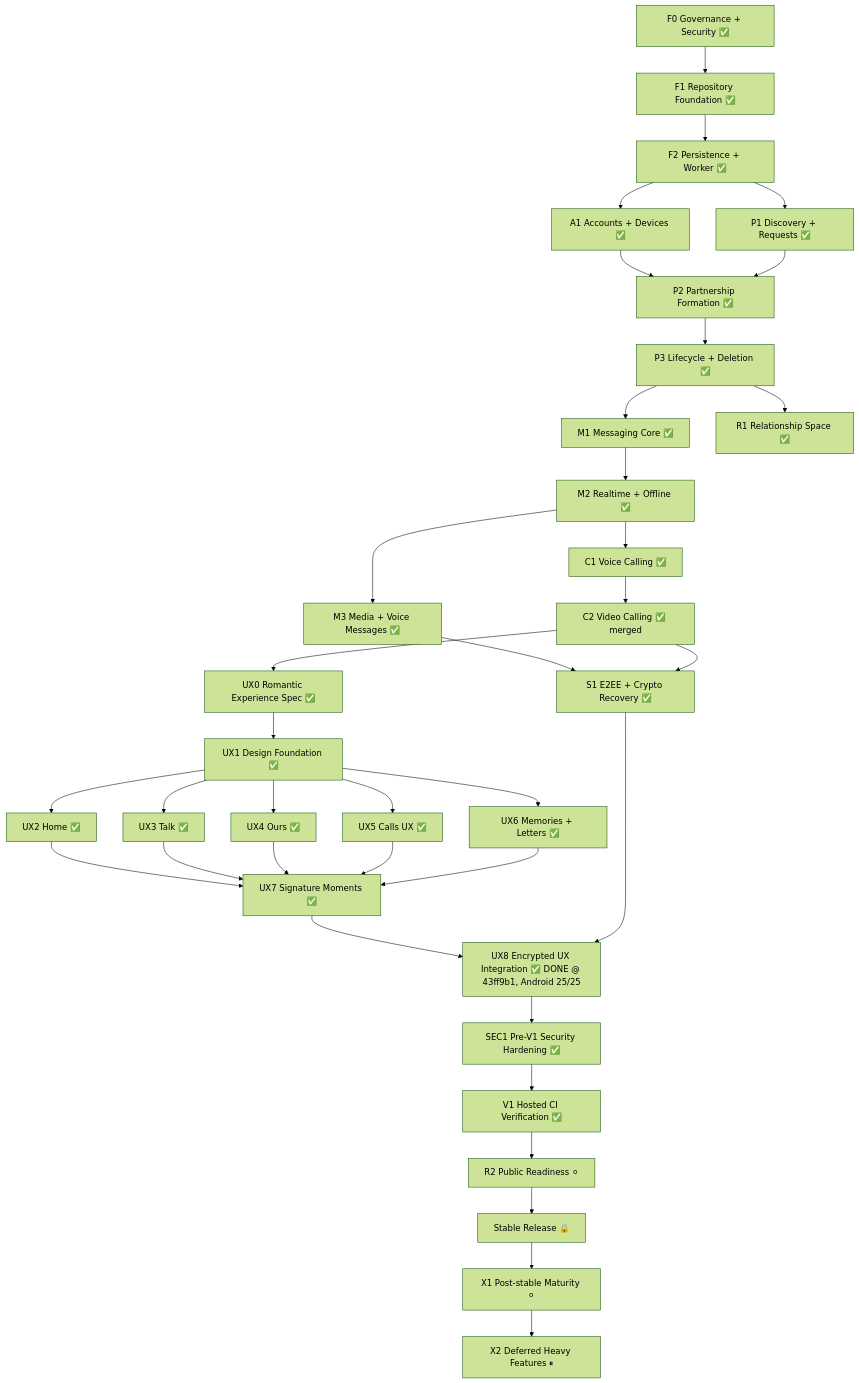
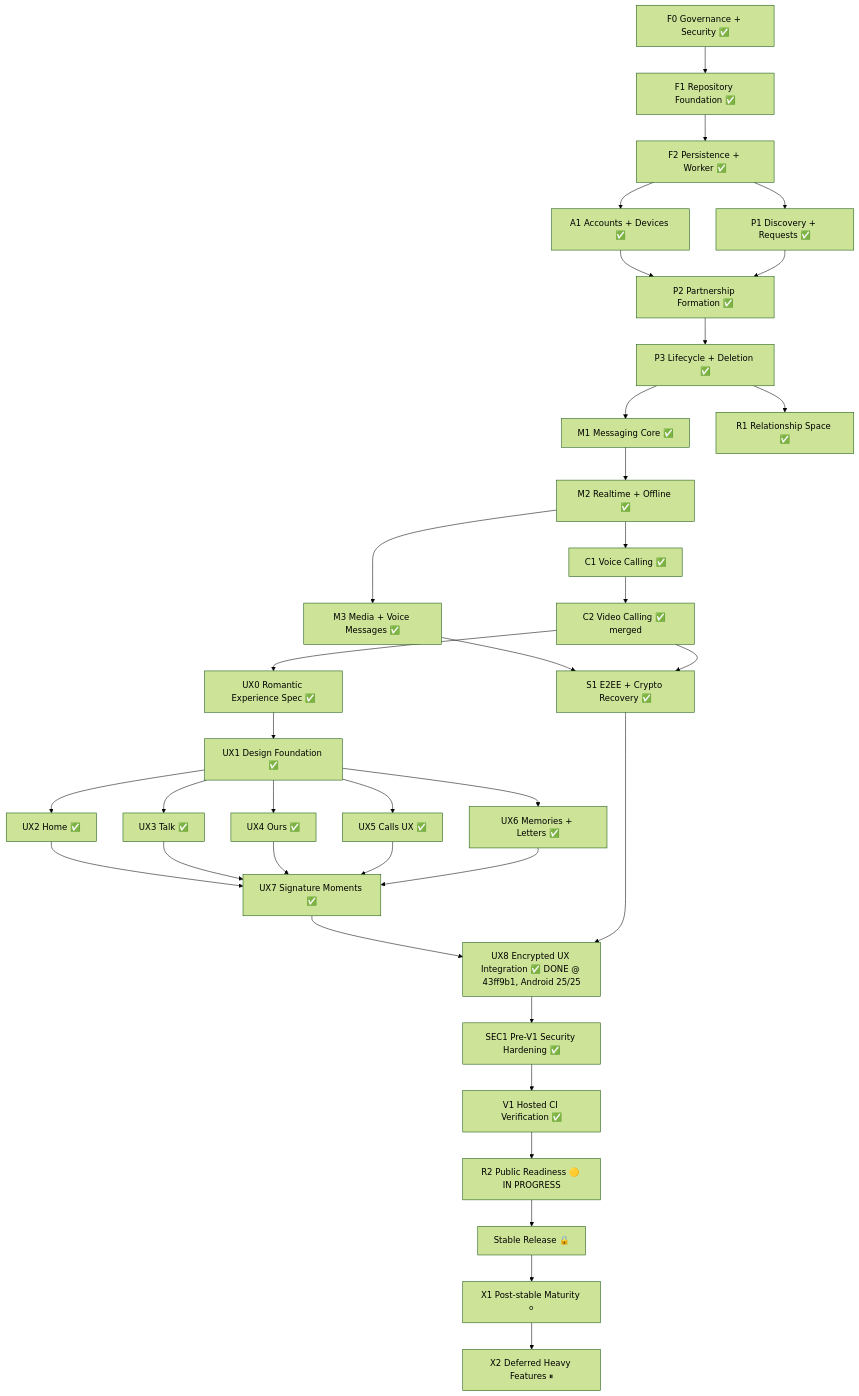
The diagram in docs/EXECUTION_GRAPH.md (ekamal22/shawtie-pls-app), drawn with Mermaid (forest theme) before and after one commit. The commit also changed other lines of this file and 121 other files, not shown here.

First line of the commit message:
R2: public readiness aggregate implementation

```diff
--- a/docs/EXECUTION_GRAPH.md
+++ b/docs/EXECUTION_GRAPH.md
@@ -124,48 +126,48 @@
 ~~~mermaid
 flowchart TD
     F0["F0 Governance + Security ✅"] --> F1["F1 Repository Foundation ✅"]
     F1 --> F2["F2 Persistence + Worker ✅"]
 
     F2 --> A1["A1 Accounts + Devices ✅"]
     F2 --> P1["P1 Discovery + Requests ✅"]
 
     A1 --> P2["P2 Partnership Formation ✅"]
     P1 --> P2
 
     P2 --> P3["P3 Lifecycle + Deletion ✅"]
 
     P3 --> M1["M1 Messaging Core ✅"]
     P3 --> R1["R1 Relationship Space ✅"]
 
     M1 --> M2["M2 Realtime + Offline ✅"]
 
     M2 --> M3["M3 Media + Voice Messages ✅"]
     M2 --> C1["C1 Voice Calling ✅"]
     C1 --> C2["C2 Video Calling ✅ merged"]
 
     C2 --> UX0["UX0 Romantic Experience Spec ✅"]
     UX0 --> UX1["UX1 Design Foundation ✅"]
     UX1 --> UX2["UX2 Home ✅"]
     UX1 --> UX3["UX3 Talk ✅"]
     UX1 --> UX4["UX4 Ours ✅"]
     UX1 --> UX5["UX5 Calls UX ✅"]
     UX1 --> UX6["UX6 Memories + Letters ✅"]
     UX2 --> UX7["UX7 Signature Moments ✅"]
     UX3 --> UX7
     UX4 --> UX7
     UX5 --> UX7
     UX6 --> UX7
 
     M3 --> S1["S1 E2EE + Crypto Recovery ✅"]
     C2 --> S1
     UX7 --> UX8["UX8 Encrypted UX Integration ✅ DONE @ 43ff9b1, Android 25/25"]
     S1 --> UX8
 
     UX8 --> SEC1["SEC1 Pre-V1 Security Hardening ✅"]
     SEC1 --> V1["V1 Hosted CI Verification ✅"]
-    V1 --> R2["R2 Public Readiness ⚪"]
+    V1 --> R2["R2 Public Readiness 🟡 IN PROGRESS"]
 
     R2 --> RELEASE["Stable Release 🔒"]
     RELEASE --> X1["X1 Post-stable Maturity ⚪"]
     X1 --> X2["X2 Deferred Heavy Features ⏸"]
 ~~~
```
